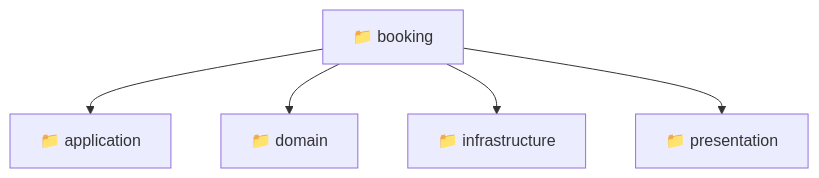
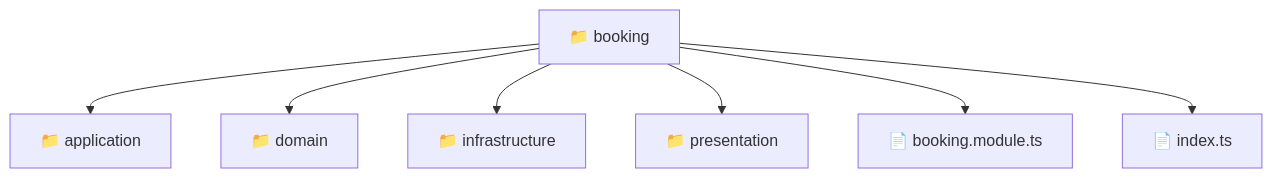
The diagram in backend/src/modules/booking/README.md (beginwebdev2002/fullstack-mavluda), drawn with Mermaid before and after one commit. The commit also changed other lines of this file and 157 other files, not shown here.

First line of the commit message:
docs: generate localized readmes for architectural transparency

````diff
--- a/backend/src/modules/booking/README.md
+++ b/backend/src/modules/booking/README.md
@@ -9,8 +11,10 @@
 ```mermaid
 graph TD
   booking["📁 booking"]
-  booking --> application["📁 application"]
-  booking --> domain["📁 domain"]
-  booking --> infrastructure["📁 infrastructure"]
-  booking --> presentation["📁 presentation"]
+  booking --> booking_application["📁 application"]
+  booking --> booking_domain["📁 domain"]
+  booking --> booking_infrastructure["📁 infrastructure"]
+  booking --> booking_presentation["📁 presentation"]
+  booking --> booking_booking_module_ts["📄 booking.module.ts"]
+  booking --> booking_index_ts["📄 index.ts"]
 ```
````
